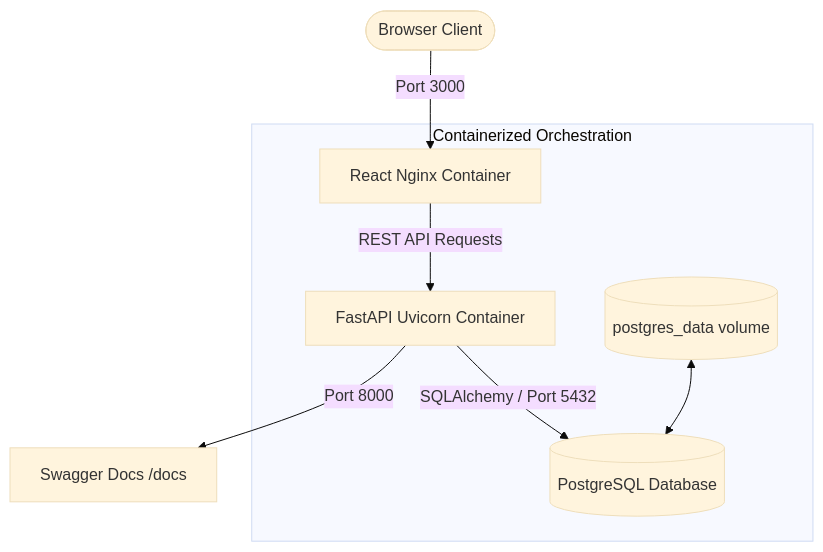
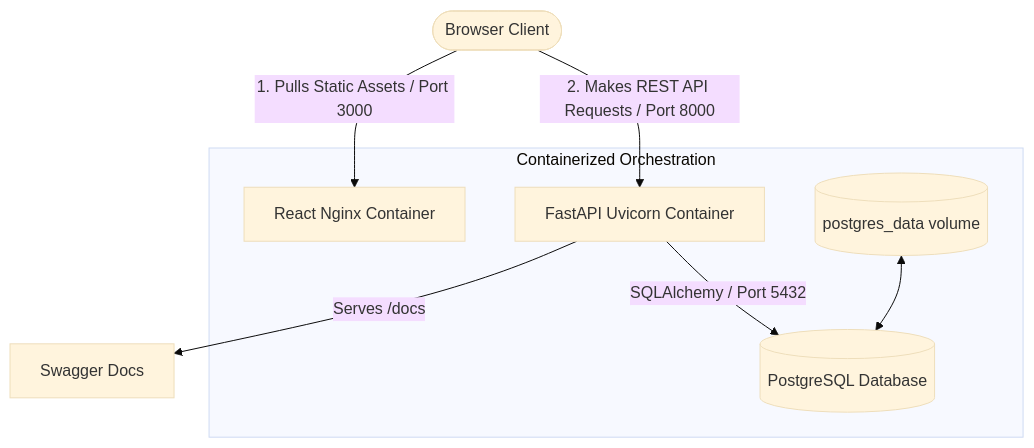
One commit to saransh-star/ethara-inventory-management changed the diagram in README.md. Above: the diagram before and after it, drawn with Mermaid (base theme).

Commit message:
docs: update system architecture diagram to show precise client-side API routing flow

````diff
--- a/README.md
+++ b/README.md
@@ -35,14 +35,14 @@
 ```mermaid
 graph TD
-    User([Browser Client]) -->|Port 3000| Frontend[React Nginx Container]
-    Frontend -->|REST API Requests| Backend[FastAPI Uvicorn Container]
-    Backend -->|Port 8000| Swagger[Swagger Docs /docs]
+    User([Browser Client]) -->|1. Pulls Static Assets / Port 3000| Frontend[React Nginx Container]
+    User -->|2. Makes REST API Requests / Port 8000| Backend[FastAPI Uvicorn Container]
+    Backend -->|Serves /docs| Swagger[Swagger Docs]
     Backend -->|SQLAlchemy / Port 5432| DB[(PostgreSQL Database)]
     
     subgraph Containerized Orchestration
         Frontend
         Backend
         DB
         volume[(postgres_data volume)] <--> DB
     end
 ```
````
